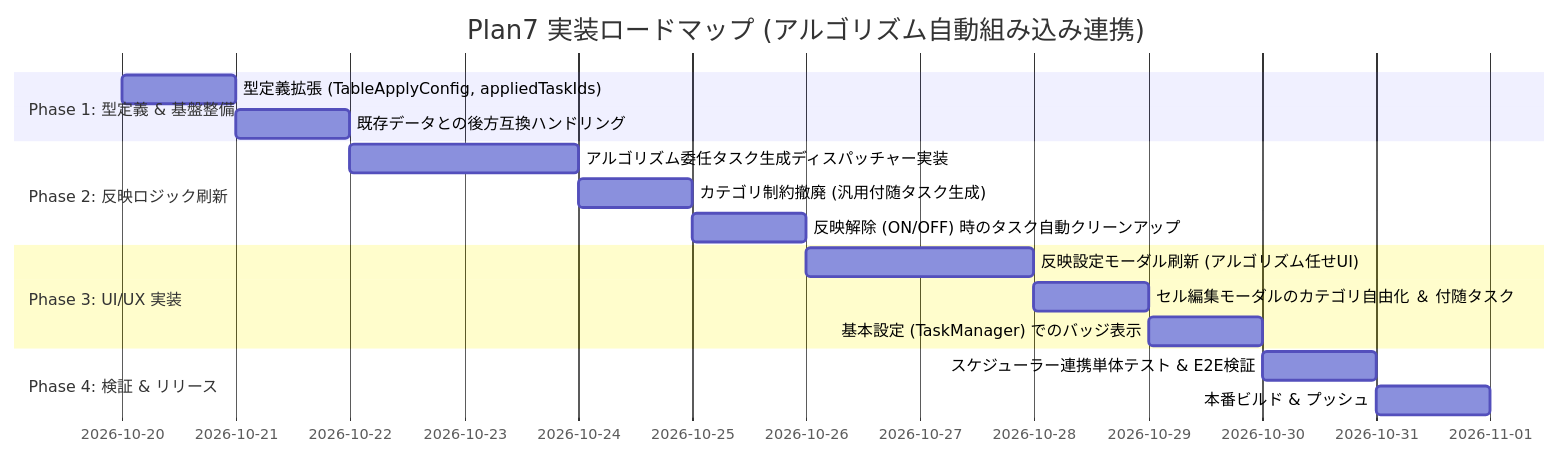
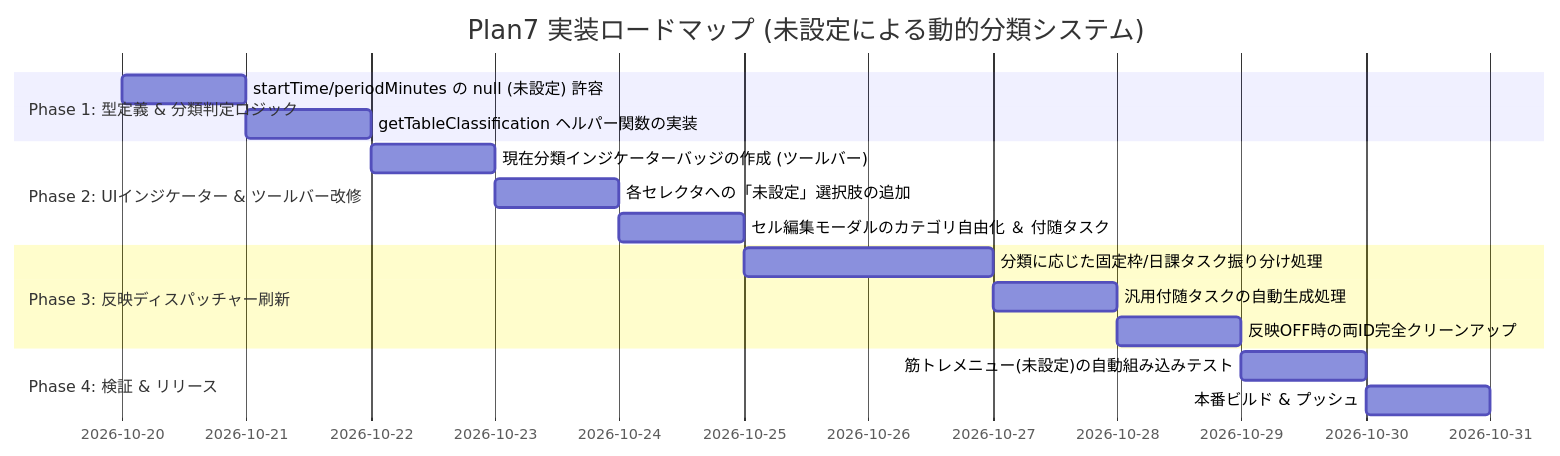
Before and after one commit to chku25062-sketch/creation_1: the fourth of 4 diagrams in Plan7.md, drawn with Mermaid. The commit also changed other lines of this file, not shown here.

Commit message:
docs: refine Plan7.md with unset timing options and dynamic classification indicator

````diff
--- a/Plan7.md
+++ b/Plan7.md
@@ -237,19 +271,19 @@
 ```mermaid
 gantt
-    title Plan7 実装ロードマップ (アルゴリズム自動組み込み連携)
+    title Plan7 実装ロードマップ (未設定による動的分類システム)
     dateFormat  YYYY-MM-DD
-    section Phase 1: 型定義 & 基盤整備
-    型定義拡張 (TableApplyConfig, appliedTaskIds) :p1_1, 2026-10-20, 1d
-    既存データとの後方互換ハンドリング               :p1_2, after p1_1, 1d
-    section Phase 2: 反映ロジック刷新
-    アルゴリズム委任タスク生成ディスパッチャー実装   :p2_1, after p1_2, 2d
-    カテゴリ制約撤廃 (汎用付随タスク生成)           :p2_2, after p2_1, 1d
-    反映解除 (ON/OFF) 時のタスク自動クリーンアップ   :p2_3, after p2_2, 1d
-    section Phase 3: UI/UX 実装
-    反映設定モーダル刷新 (アルゴリズム任せUI)       :p3_1, after p2_3, 2d
-    セル編集モーダルのカテゴリ自由化 ＆ 付随タスク   :p3_2, after p3_1, 1d
-    基本設定 (TaskManager) でのバッジ表示           :p3_3, after p3_2, 1d
+    section Phase 1: 型定義 & 分類判定ロジック
+    startTime/periodMinutes の null (未設定) 許容 :p1_1, 2026-10-20, 1d
+    getTableClassification ヘルパー関数の実装     :p1_2, after p1_1, 1d
+    section Phase 2: UIインジケーター & ツールバー改修
+    現在分類インジケーターバッジの作成 (ツールバー) :p2_1, after p1_2, 1d
+    各セレクタへの「未設定」選択肢の追加           :p2_2, after p2_1, 1d
+    セル編集モーダルのカテゴリ自由化 ＆ 付随タスク :p2_3, after p2_2, 1d
+    section Phase 3: 反映ディスパッチャー刷新
+    分類に応じた固定枠/日課タスク振り分け処理     :p3_1, after p2_3, 2d
+    汎用付随タスクの自動生成処理                   :p3_2, after p3_1, 1d
+    反映OFF時の両ID完全クリーンアップ             :p3_3, after p3_2, 1d
     section Phase 4: 検証 & リリース
-    スケジューラー連携単体テスト & E2E検証          :p4_1, after p3_3, 1d
-    本番ビルド & プッシュ                           :p4_2, after p4_1, 1d
+    筋トレメニュー(未設定)の自動組み込みテスト    :p4_1, after p3_3, 1d
+    本番ビルド & プッシュ                         :p4_2, after p4_1, 1d
 ```
````
